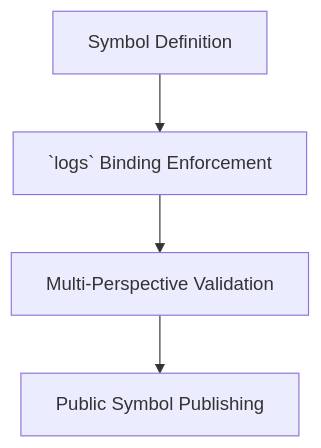
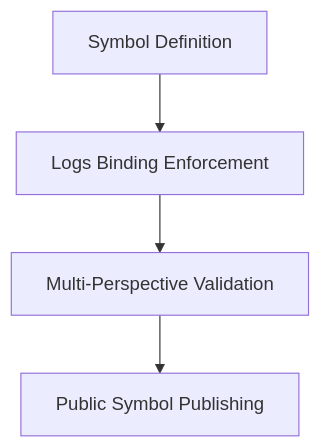
One commit to secondmindlab/secondmindlab changed the diagram in logs/2025-05-ovl-integration.md. Above: the diagram before and after it, drawn with Mermaid. The commit also changed other lines of this file and 5 other files, not shown here.

````diff
--- a/logs/2025-05-ovl-integration.md
+++ b/logs/2025-05-ovl-integration.md
@@ -38,9 +38,9 @@
 ```mermaid
 flowchart TD
     A[Symbol Definition]
-    B[`logs` Binding Enforcement]
+    B[Logs Binding Enforcement]
     C[Multi-Perspective Validation]
     D[Public Symbol Publishing]
 
     A --> B --> C --> D
 ```
````
